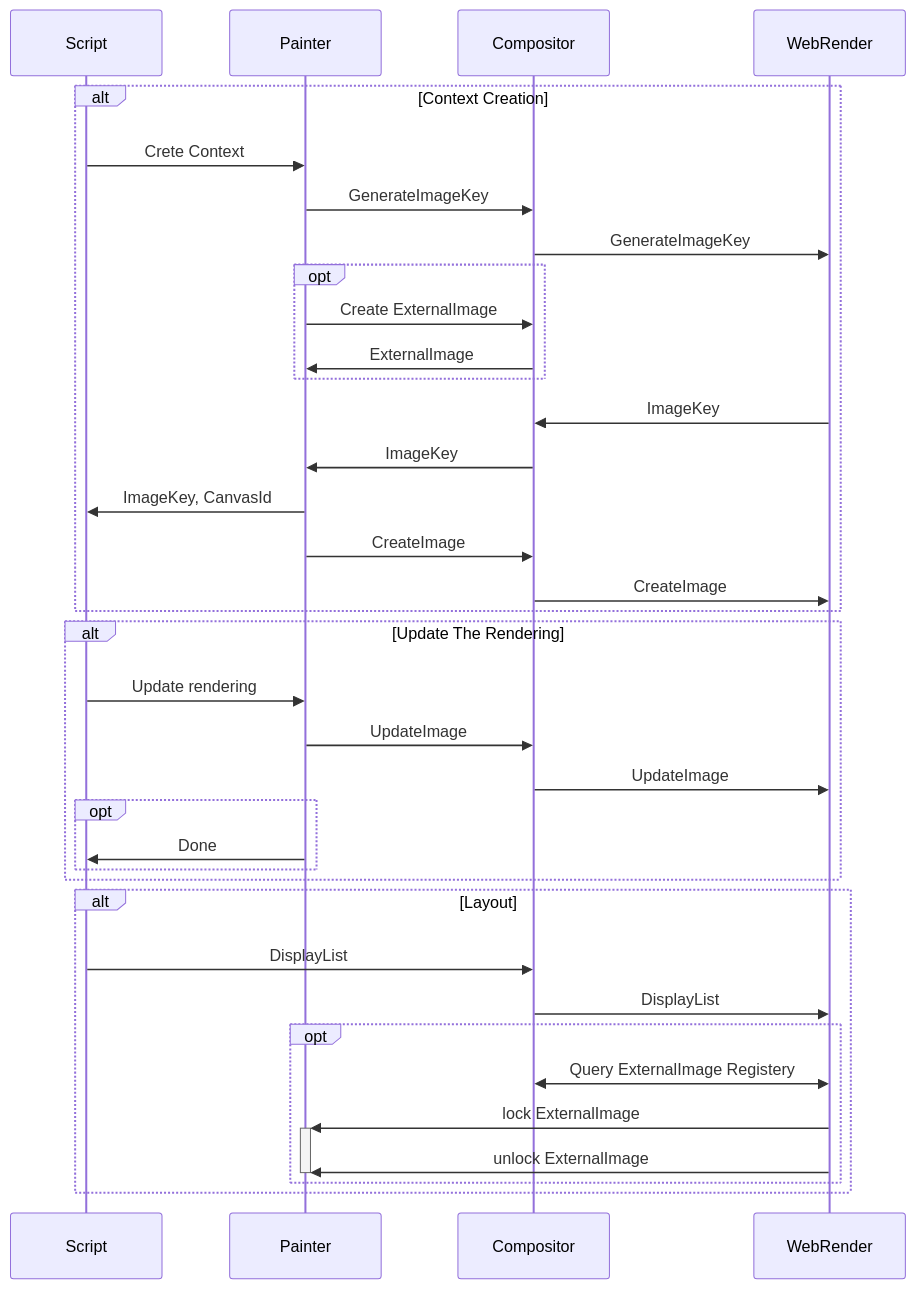
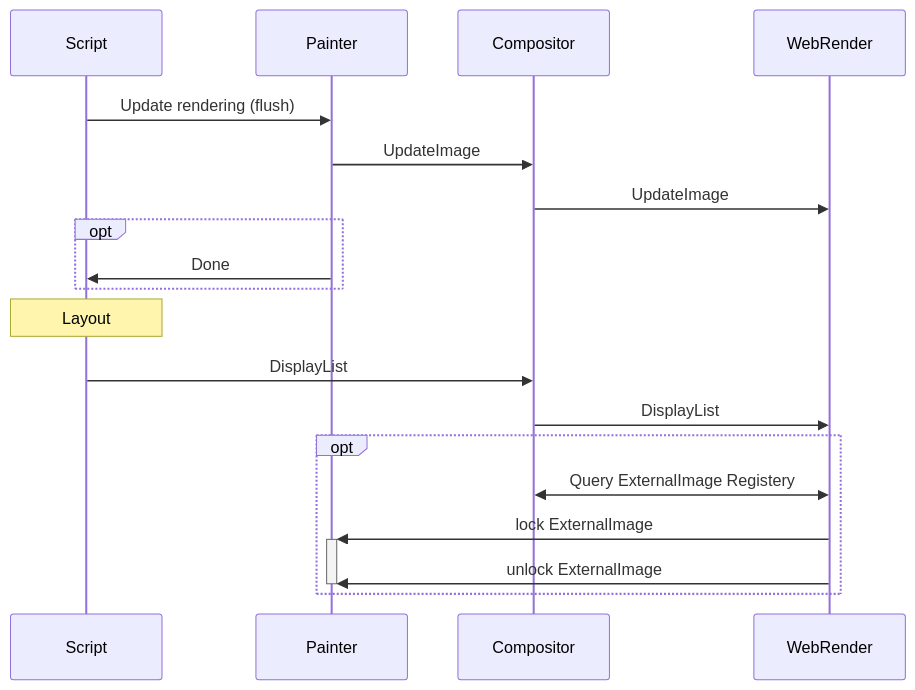
One commit to servo/book changed the third of 8 diagrams in src/architecture/canvas.md. Above: the diagram before and after it, drawn with Mermaid. The commit also changed other lines of this file, not shown here.

Commit message:
split seq diagrams

````diff
--- a/src/architecture/canvas.md
+++ b/src/architecture/canvas.md
@@ -61,41 +88,19 @@
 ```mermaid
 sequenceDiagram
-    alt Context Creation
-        Script->>Painter: Crete Context
-        Painter->>Compositor: GenerateImageKey
-        Compositor->>WebRender: GenerateImageKey
-
-        opt
-            Painter->>Compositor: Create ExternalImage
-            Compositor->>Painter: ExternalImage
-        end
-
-        WebRender->>Compositor: ImageKey
-        Compositor->>Painter: ImageKey
-        Painter->>Script: ImageKey, CanvasId
-
-        Painter->>Compositor: CreateImage
-        Compositor->>WebRender: CreateImage
-        
+    Script->>Painter:Update rendering (flush)
+    Painter->>Compositor:UpdateImage
+    Compositor->>WebRender: UpdateImage
+    opt
+        Painter->>Script: Done
     end
-
-    alt Update The Rendering
-        Script->>Painter:Update rendering
-        Painter->>Compositor: UpdateImage
-        Compositor->>WebRender: UpdateImage
-        opt
-            Painter->>Script: Done
-        end
-    end
-
-    alt Layout
-        Script->>Compositor: DisplayList
-        Compositor->>WebRender: DisplayList
-        opt
-            Compositor<<->>WebRender: Query ExternalImage Registery
-            WebRender->>+Painter: lock ExternalImage
-            WebRender->>Painter: unlock ExternalImage
-            deactivate Painter
-        end
+    
+    Note over Script: Layout
+    Script->>Compositor: DisplayList
+    Compositor->>WebRender: DisplayList
+    opt
+        Compositor<<->>WebRender: Query ExternalImage Registery
+        WebRender->>+Painter: lock ExternalImage
+        WebRender->>Painter: unlock ExternalImage
+        deactivate Painter
     end
 ```
````
